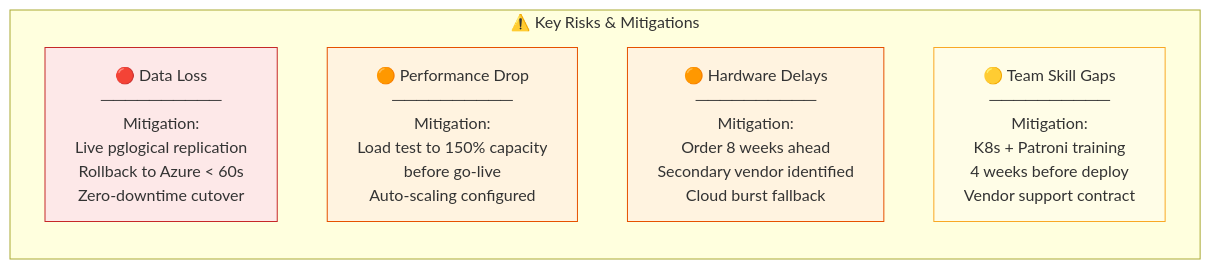
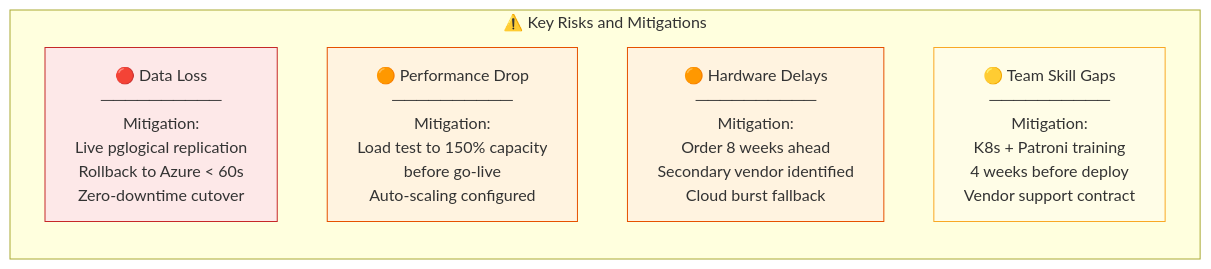
One commit to Shasi19/Azure-VxRail-VMware-Migration changed the third of 4 diagrams in docs/Presentation/01-Executive-Presentation.md. Above: the diagram before and after it, drawn with Mermaid. The commit also changed other lines of this file and 7 other files, not shown here.

First line of the commit message:
Fix Mermaid render issues: simplify complex diagrams, remove emoji from labels, fix special chars

````diff
--- a/docs/Presentation/01-Executive-Presentation.md
+++ b/docs/Presentation/01-Executive-Presentation.md
@@ -131,14 +131,14 @@
 ```mermaid
 graph LR
-    subgraph RISKS["⚠️ Key Risks & Mitigations"]
+    subgraph RISKS["⚠️ Key Risks and Mitigations"]
         R1["🔴 Data Loss\n──────────\nMitigation:\nLive pglogical replication\nRollback to Azure < 60s\nZero-downtime cutover"]
         R2["🟠 Performance Drop\n──────────\nMitigation:\nLoad test to 150% capacity\nbefore go-live\nAuto-scaling configured"]
         R3["🟠 Hardware Delays\n──────────\nMitigation:\nOrder 8 weeks ahead\nSecondary vendor identified\nCloud burst fallback"]
         R4["🟡 Team Skill Gaps\n──────────\nMitigation:\nK8s + Patroni training\n4 weeks before deploy\nVendor support contract"]
     end
 
     style R1 fill:#fde8e8,stroke:#c62828
     style R2 fill:#fff3e0,stroke:#e65100
     style R3 fill:#fff3e0,stroke:#e65100
     style R4 fill:#fffde7,stroke:#f9a825
 ```
````
